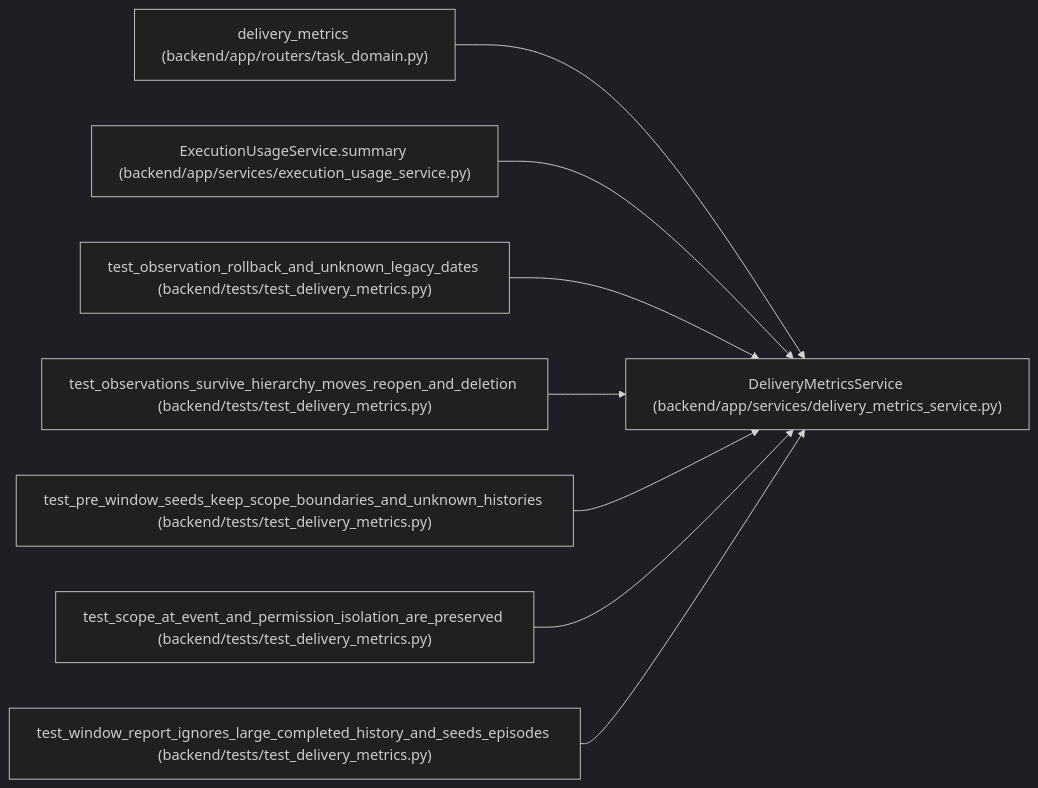
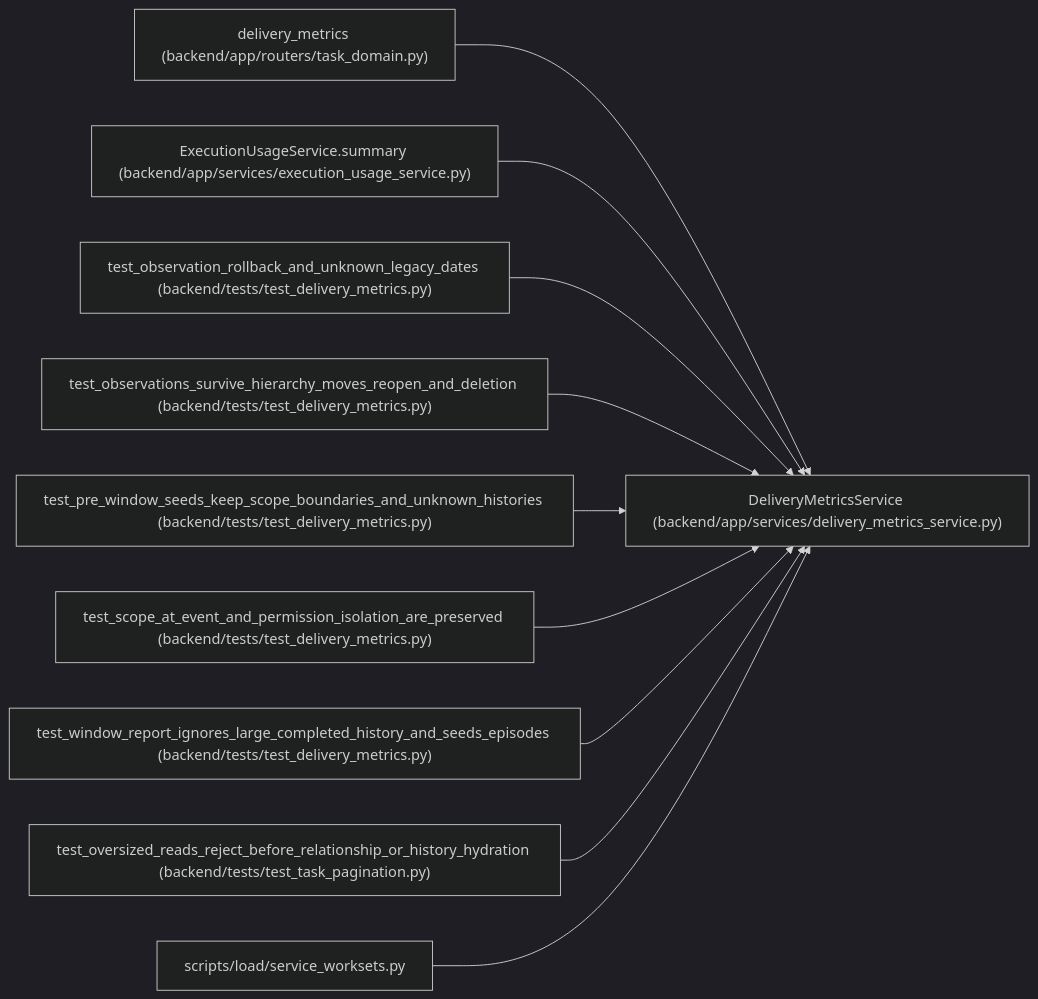
Before and after one commit to Denissvgn/WorkChord: the diagram in docs/llm_wiki/entities/DeliveryMetricsService.md, drawn with Mermaid (dark theme). The commit also changed other lines of this file and 2509 other files, not shown here.

````diff
--- a/docs/llm_wiki/entities/DeliveryMetricsService.md
+++ b/docs/llm_wiki/entities/DeliveryMetricsService.md
@@ -27,26 +27,32 @@
 ```mermaid
 flowchart LR
     n0["DeliveryMetricsService (backend/app/services/delivery_metrics_service.py)"]
     n1["delivery_metrics (backend/app/routers/task_domain.py)"]
     n2["ExecutionUsageService.summary (backend/app/services/execution_usage_service.py)"]
     n3["test_observation_rollback_and_unknown_legacy_dates (backend/tests/test_delivery_metrics.py)"]
     n4["test_observations_survive_hierarchy_moves_reopen_and_deletion (backend/tests/test_delivery_metrics.py)"]
     n5["test_pre_window_seeds_keep_scope_boundaries_and_unknown_histories (backend/tests/test_delivery_metrics.py)"]
     n6["test_scope_at_event_and_permission_isolation_are_preserved (backend/tests/test_delivery_metrics.py)"]
     n7["test_window_report_ignores_large_completed_history_and_seeds_episodes (backend/tests/test_delivery_metrics.py)"]
+    n8["test_oversized_reads_reject_before_relationship_or_history_hydration (backend/tests/test_task_pagination.py)"]
+    n9["scripts/load/service_worksets.py"]
     n1 --> n0
     n2 --> n0
     n3 --> n0
     n4 --> n0
     n5 --> n0
     n6 --> n0
     n7 --> n0
+    n8 --> n0
+    n9 --> n0
     click n0 "../modules/delivery_metrics_service.md"
     click n1 "../modules/routers_task_domain.md"
     click n2 "../modules/execution_usage_service.md"
     click n3 "../modules/test_delivery_metrics.md"
     click n4 "../modules/test_delivery_metrics.md"
     click n5 "../modules/test_delivery_metrics.md"
     click n6 "../modules/test_delivery_metrics.md"
     click n7 "../modules/test_delivery_metrics.md"
+    click n8 "../modules/test_task_pagination.md"
+    click n9 "../modules/service_worksets.md"
 ```
````
